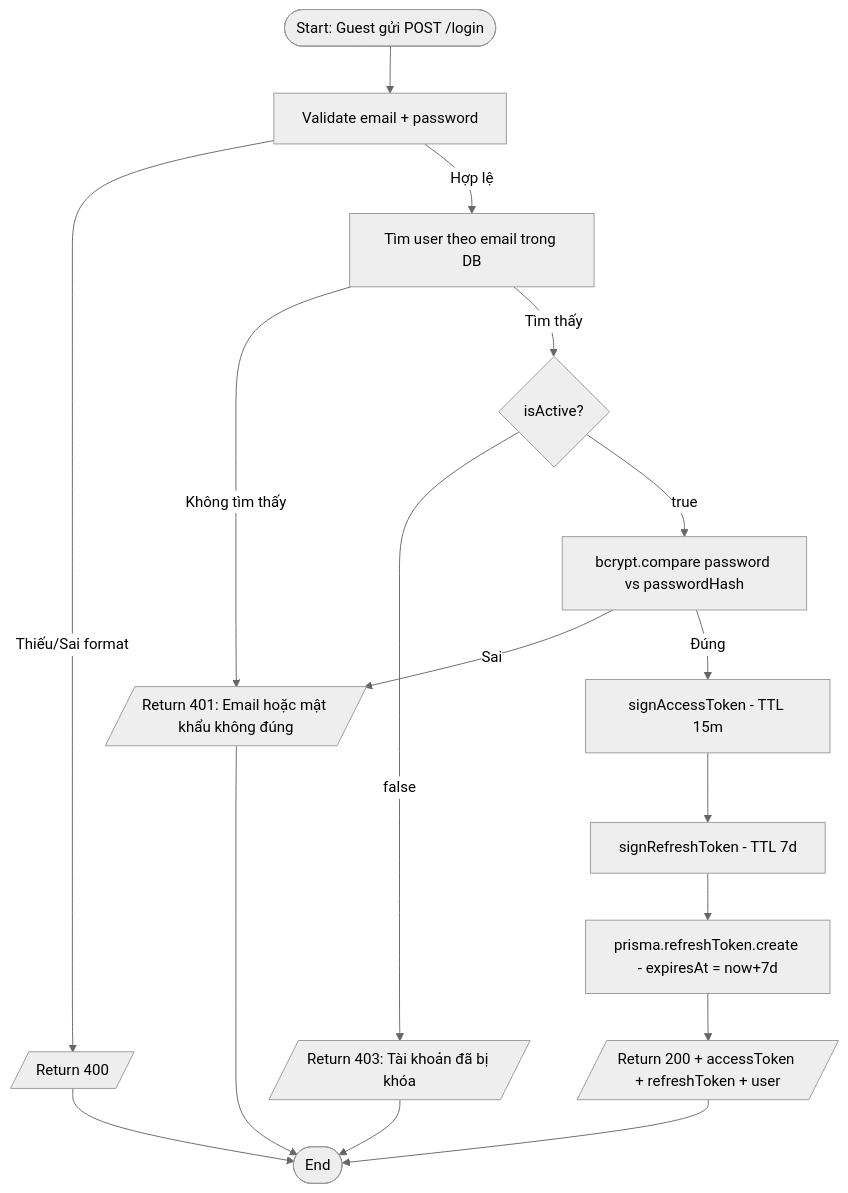
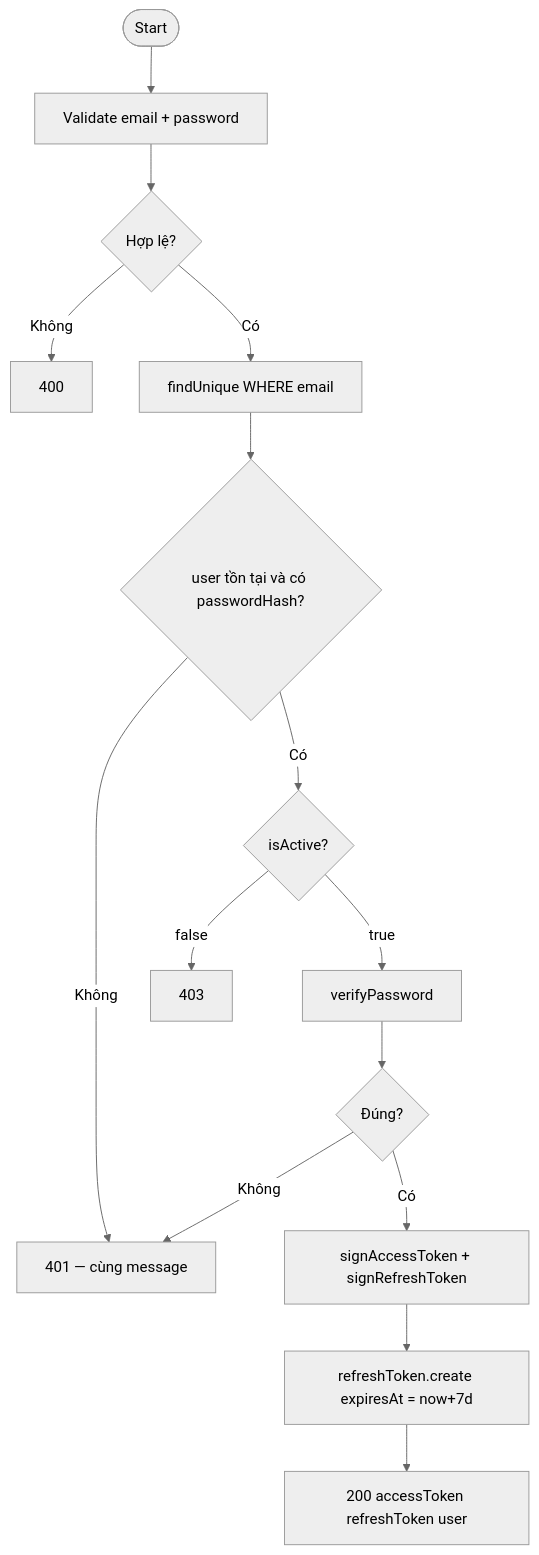
One commit to phamvinh203/mobivexa changed the second of 7 diagrams in docs/Auth/ActivityDiagram.md. Above: the diagram before and after it, drawn with Mermaid (neutral theme). The commit also changed other lines of this file and 79 other files, not shown here.

Commit message:
📜 Add documentation for Inventory and Favorite modules including Use Cases, API Specifications, and Activity Diagrams

````diff
--- a/docs/Auth/ActivityDiagram.md
+++ b/docs/Auth/ActivityDiagram.md
@@ -37,19 +28,17 @@
 ```mermaid
 flowchart TD
-    A([Start: Guest gửi POST /login]) --> B[Validate email + password]
-    B -->|Thiếu/Sai format| E1[/Return 400/]
-    B -->|Hợp lệ| C[Tìm user theo email trong DB]
-    C -->|Không tìm thấy| E2[/Return 401: Email hoặc mật khẩu không đúng/]
-    C -->|Tìm thấy| D{isActive?}
-    D -->|false| E3[/Return 403: Tài khoản đã bị khóa/]
-    D -->|true| F[bcrypt.compare password vs passwordHash]
-    F -->|Sai| E2
-    F -->|Đúng| G[signAccessToken - TTL 15m]
-    G --> H[signRefreshToken - TTL 7d]
-    H --> I[prisma.refreshToken.create - expiresAt = now+7d]
-    I --> J[/Return 200 + accessToken + refreshToken + user/]
-    J --> Z([End])
-    E1 --> Z
-    E2 --> Z
-    E3 --> Z
+    A([Start]) --> B[Validate email + password]
+    B --> C{Hợp lệ?}
+    C -- Không --> E1[400]
+    C -- Có --> D[findUnique WHERE email]
+    D --> E{user tồn tại và có passwordHash?}
+    E -- Không --> E2[401 — cùng message]
+    E -- Có --> F{isActive?}
+    F -- false --> E3[403]
+    F -- true --> G[verifyPassword]
+    G --> H{Đúng?}
+    H -- Không --> E2
+    H -- Có --> I[signAccessToken + signRefreshToken]
+    I --> J[refreshToken.create expiresAt = now+7d]
+    J --> K[200 accessToken refreshToken user]
 ```
````
